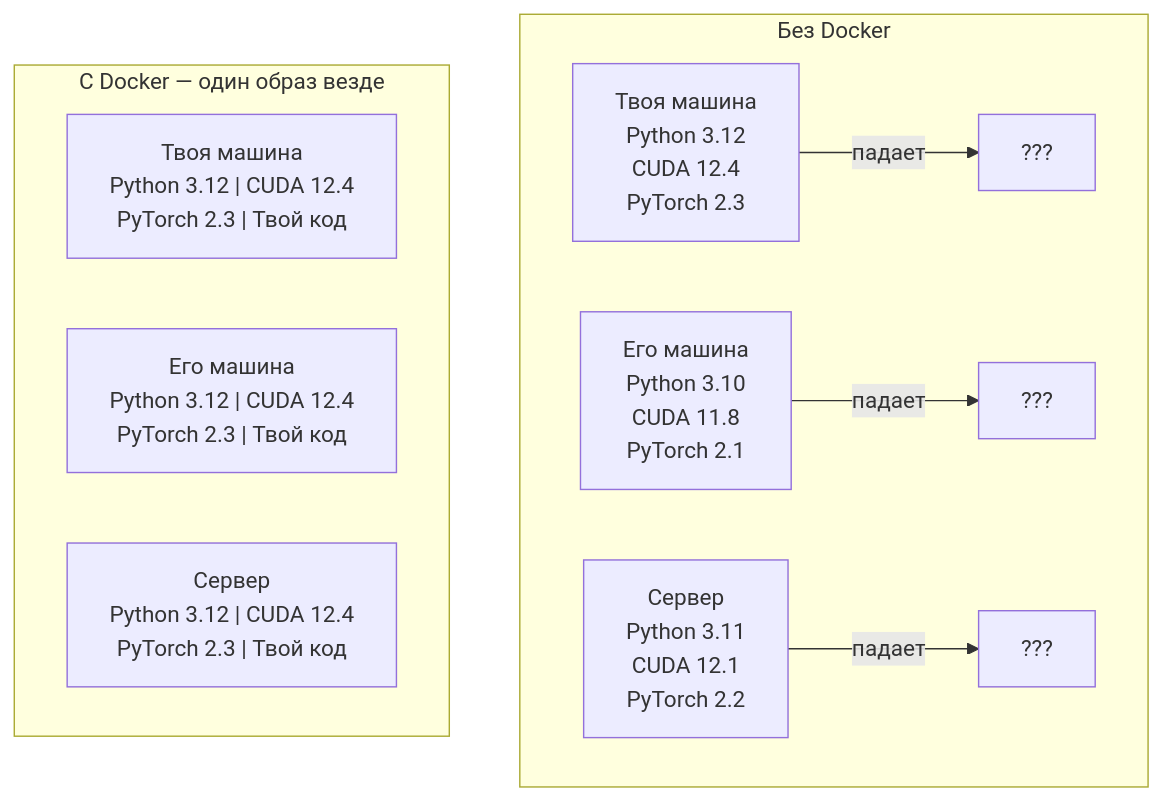
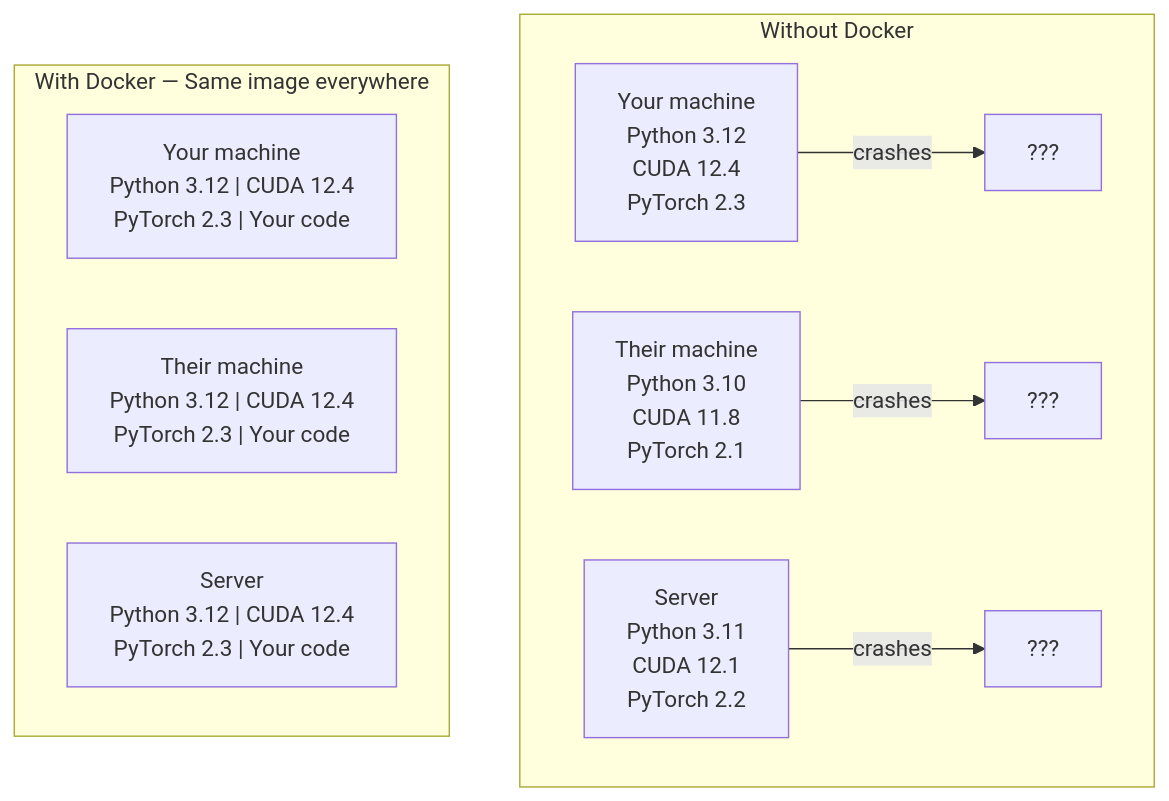
The diagram in phases/00-setup-and-tooling/07-docker-for-ai/docs/ru.md (galaersh-ai/ai-engineering-from-scratch), drawn with Mermaid before and after one commit. The commit also changed other lines of this file and 5 other files, not shown here.

````diff
--- a/phases/00-setup-and-tooling/07-docker-for-ai/docs/ru.md
+++ b/phases/00-setup-and-tooling/07-docker-for-ai/docs/ru.md
@@ -27,14 +27,14 @@
 ```mermaid
 graph TD
-    subgraph without["Без Docker"]
-        A1["Твоя машина<br/>Python 3.12<br/>CUDA 12.4<br/>PyTorch 2.3"] -->|падает| X1["???"]
-        A2["Его машина<br/>Python 3.10<br/>CUDA 11.8<br/>PyTorch 2.1"] -->|падает| X2["???"]
-        A3["Сервер<br/>Python 3.11<br/>CUDA 12.1<br/>PyTorch 2.2"] -->|падает| X3["???"]
+    subgraph without["Without Docker"]
+        A1["Your machine<br/>Python 3.12<br/>CUDA 12.4<br/>PyTorch 2.3"] -->|crashes| X1["???"]
+        A2["Their machine<br/>Python 3.10<br/>CUDA 11.8<br/>PyTorch 2.1"] -->|crashes| X2["???"]
+        A3["Server<br/>Python 3.11<br/>CUDA 12.1<br/>PyTorch 2.2"] -->|crashes| X3["???"]
     end
 
-    subgraph with_docker["С Docker — один образ везде"]
-        B1["Твоя машина<br/>Python 3.12 | CUDA 12.4<br/>PyTorch 2.3 | Твой код"]
-        B2["Его машина<br/>Python 3.12 | CUDA 12.4<br/>PyTorch 2.3 | Твой код"]
-        B3["Сервер<br/>Python 3.12 | CUDA 12.4<br/>PyTorch 2.3 | Твой код"]
+    subgraph with_docker["With Docker — Same image everywhere"]
+        B1["Your machine<br/>Python 3.12 | CUDA 12.4<br/>PyTorch 2.3 | Your code"]
+        B2["Their machine<br/>Python 3.12 | CUDA 12.4<br/>PyTorch 2.3 | Your code"]
+        B3["Server<br/>Python 3.12 | CUDA 12.4<br/>PyTorch 2.3 | Your code"]
     end
 ```
````
